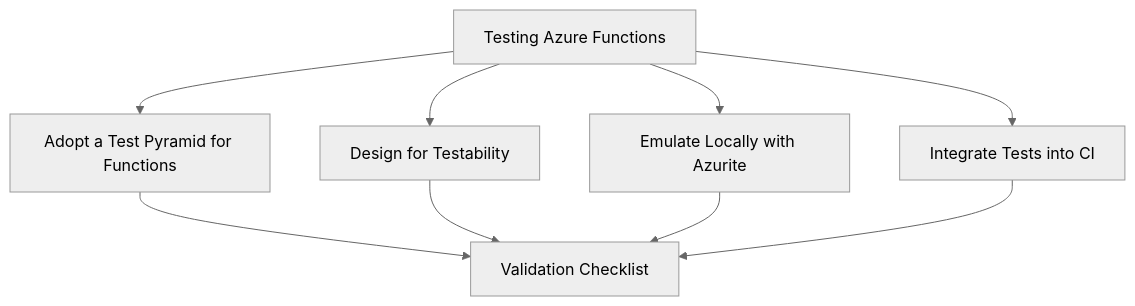
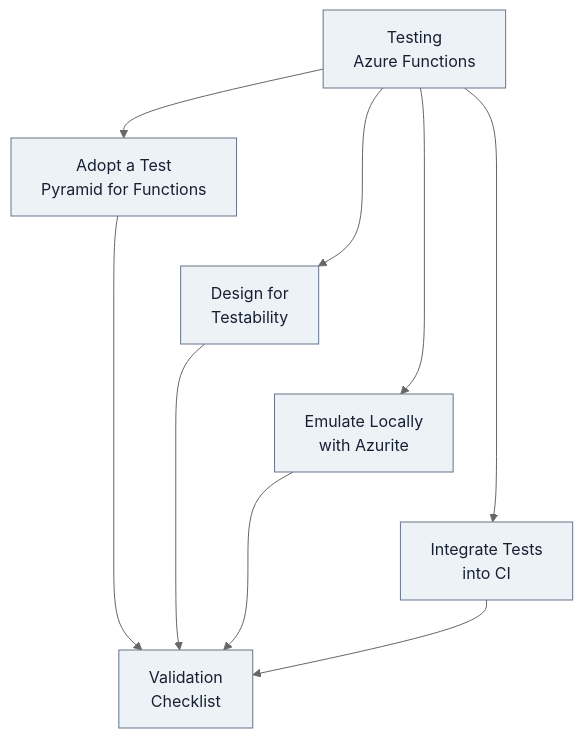
One commit to yeongseon/azure-functions-practical-guide changed the diagram in docs/best-practices/testing.md. Above: the diagram before and after it, drawn with Mermaid (neutral theme). The commit also changed other lines of this file and 1 other file, not shown here.

Commit message:
docs(diagrams): improve testing practices map readability (#465)
Preserve all four practice branches and validation relationships while
tiering the layout for mobile. Identify editorial synthesis and emulator
limits with current Learn provenance and refresh only the owned record.

Refs #287

````diff
--- a/docs/best-practices/testing.md
+++ b/docs/best-practices/testing.md
@@ -43,17 +47,25 @@
 ```mermaid
 flowchart TD
-    T["Testing Azure Functions"]
-    P1["Adopt a Test Pyramid for Functions"]
-    P2["Design for Testability"]
-    P3["Emulate Locally with Azurite"]
-    P4["Integrate Tests into CI"]
-    V["Validation Checklist"]
+    accTitle: Testing practices and validation checklist
+    accDescr: Four recommended practices branch from Testing Azure Functions and each contributes to the Validation Checklist: adopt a test pyramid, design for testability, emulate locally with Azurite, and integrate tests into CI. These are parallel practice categories, not a runtime sequence or results of executed tests.
+    T["Testing<br/>Azure Functions"]
+    P1["Adopt a Test<br/>Pyramid for Functions"]
+    P2["Design for<br/>Testability"]
+    P3["Emulate Locally<br/>with Azurite"]
+    P4["Integrate Tests<br/>into CI"]
+    V["Validation<br/>Checklist"]
     T --> P1
     T --> P2
     T --> P3
     T --> P4
     P1 --> V
     P2 --> V
     P3 --> V
     P4 --> V
+    %% Layout-only links tier practice categories; they add no test steps or semantic arrows.
+    P1 ~~~ P2
+    P2 ~~~ P3
+    P3 ~~~ P4
+    classDef neutral fill:#edf2f7,stroke:#64748b,color:#172033
+    class T,P1,P2,P3,P4,V neutral
 ```
````
